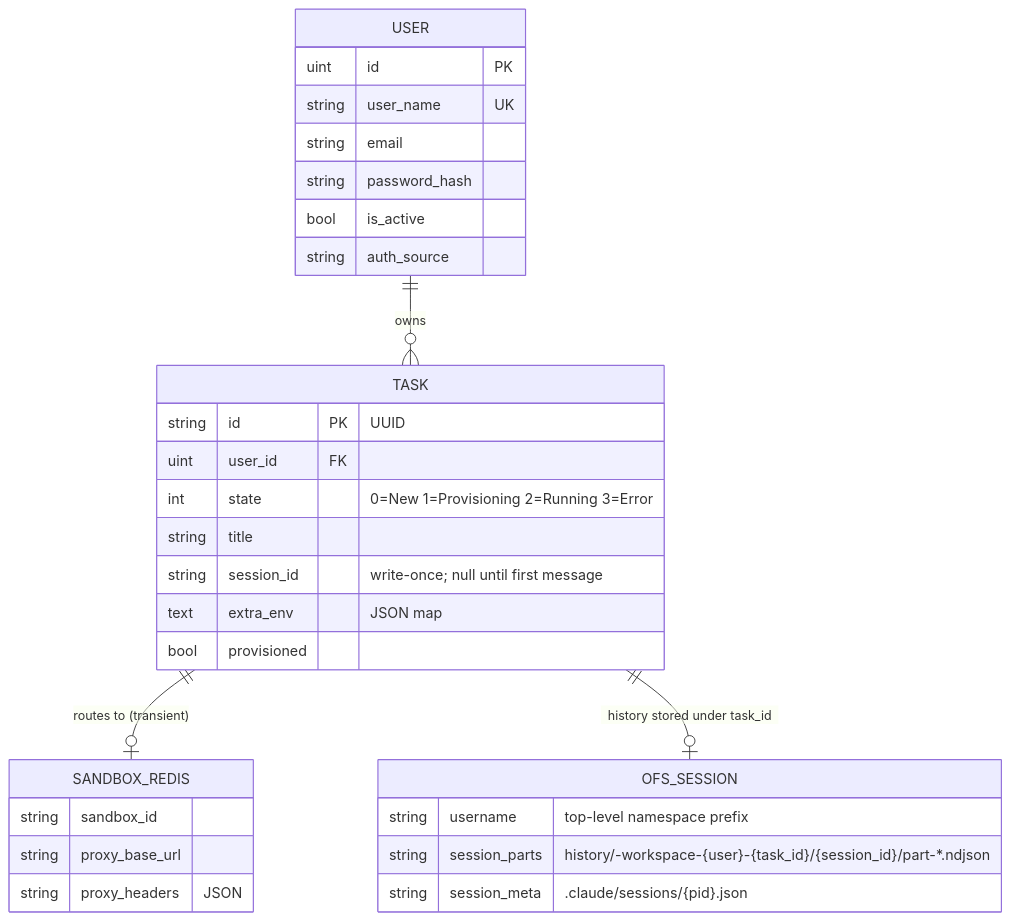
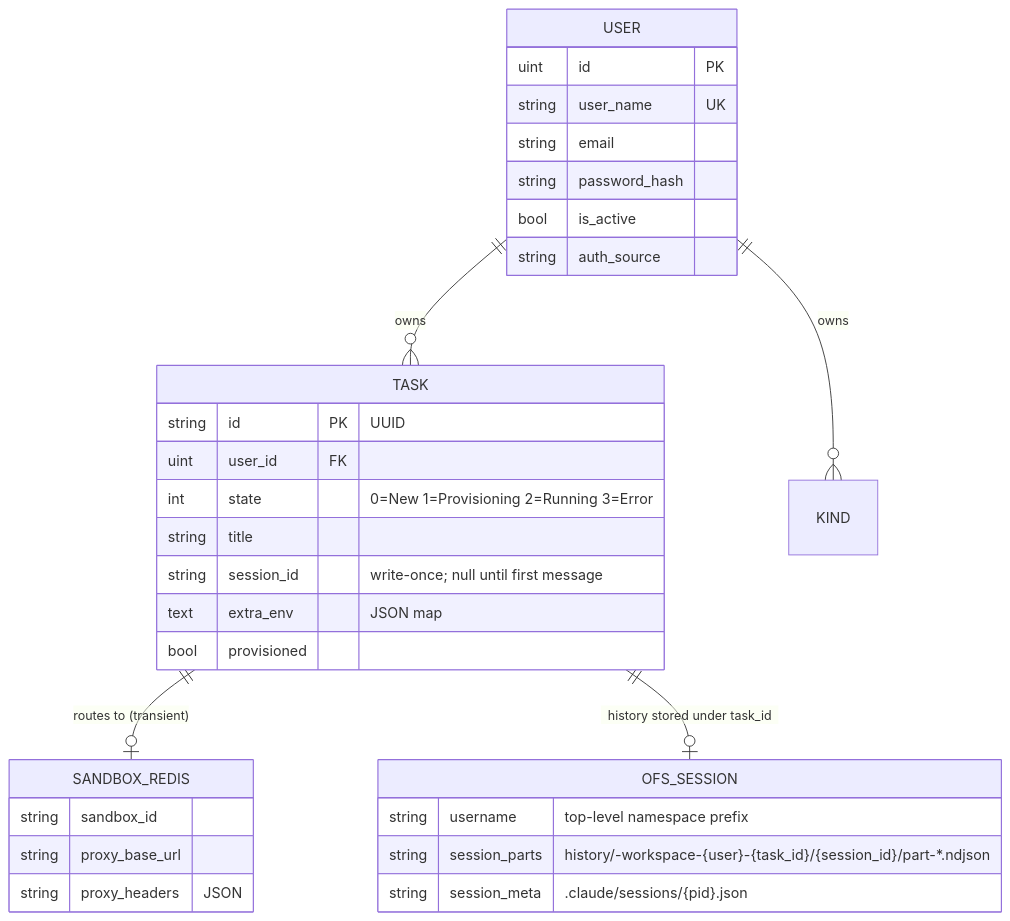
The diagram in backend/docs/specs/data-management.md (o0O96O0o/cloud-agents), drawn with Mermaid before and after one commit. The commit also changed other lines of this file and 19 other files, not shown here.

````diff
--- a/backend/docs/specs/data-management.md
+++ b/backend/docs/specs/data-management.md
@@ -17,37 +18,38 @@
 ```mermaid
 erDiagram
     USER {
         uint   id            PK
         string user_name     UK
         string email
         string password_hash
         bool   is_active
         string auth_source
     }
 
     TASK {
         string  id           PK  "UUID"
         uint    user_id      FK
         int     state            "0=New 1=Provisioning 2=Running 3=Error"
         string  title
         string  session_id       "write-once; null until first message"
         text    extra_env        "JSON map"
         bool    provisioned
     }
 
     SANDBOX_REDIS {
         string sandbox_id
         string proxy_base_url
         string proxy_headers     "JSON"
     }
 
     OFS_SESSION {
         string username          "top-level namespace prefix"
         string session_parts     "history/-workspace-{user}-{task_id}/{session_id}/part-*.ndjson"
         string session_meta      ".claude/sessions/{pid}.json"
     }
 
     USER ||--o{ TASK          : "owns"
+    USER ||--o{ KIND          : "owns"
     TASK ||--o| SANDBOX_REDIS : "routes to (transient)"
     TASK ||--o| OFS_SESSION   : "history stored under task_id"
 ```
````
